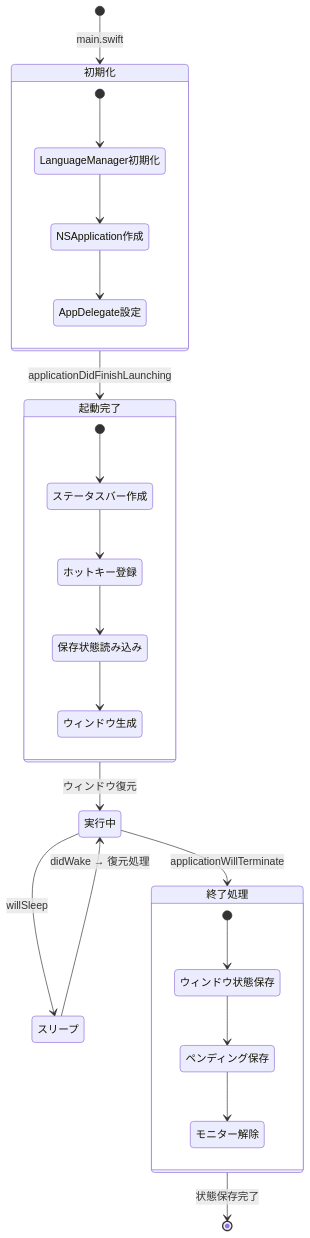
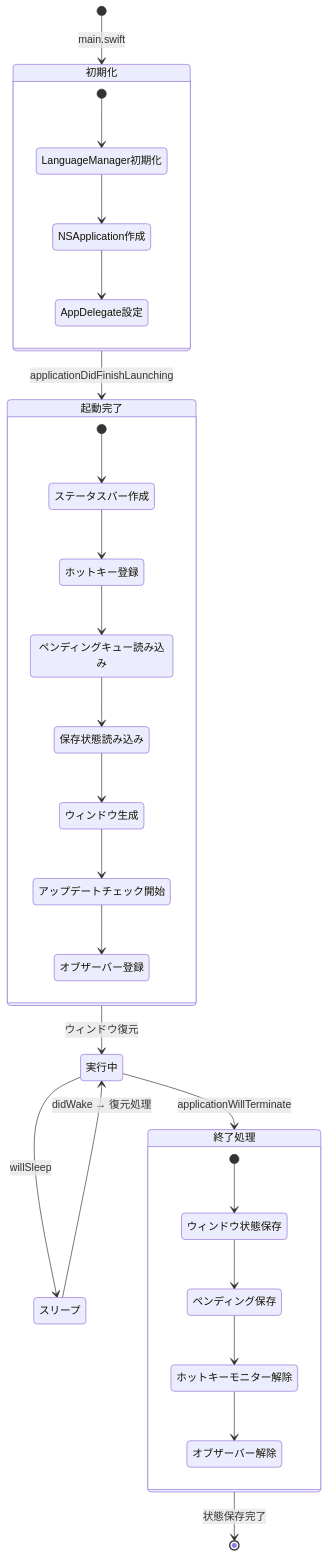
The second of 3 diagrams in docs/guide/architecture.md (shiroemons/sobani), drawn with Mermaid before and after one commit. The commit also changed other lines of this file and 3 other files, not shown here.

````diff
--- a/docs/guide/architecture.md
+++ b/docs/guide/architecture.md
@@ -147,29 +149,33 @@
 ```mermaid
 stateDiagram-v2
     [*] --> 初期化 : main.swift
     初期化 --> 起動完了 : applicationDidFinishLaunching
     起動完了 --> 実行中 : ウィンドウ復元
     実行中 --> スリープ : willSleep
     スリープ --> 実行中 : didWake → 復元処理
     実行中 --> 終了処理 : applicationWillTerminate
     終了処理 --> [*] : 状態保存完了
 
     state 初期化 {
         [*] --> LanguageManager初期化
         LanguageManager初期化 --> NSApplication作成
         NSApplication作成 --> AppDelegate設定
     }
 
     state 起動完了 {
         [*] --> ステータスバー作成
         ステータスバー作成 --> ホットキー登録
-        ホットキー登録 --> 保存状態読み込み
+        ホットキー登録 --> ペンディングキュー読み込み
+        ペンディングキュー読み込み --> 保存状態読み込み
         保存状態読み込み --> ウィンドウ生成
+        ウィンドウ生成 --> アップデートチェック開始
+        アップデートチェック開始 --> オブザーバー登録
     }
 
     state 終了処理 {
         [*] --> ウィンドウ状態保存
         ウィンドウ状態保存 --> ペンディング保存
-        ペンディング保存 --> モニター解除
+        ペンディング保存 --> ホットキーモニター解除
+        ホットキーモニター解除 --> オブザーバー解除
     }
 ```
````
